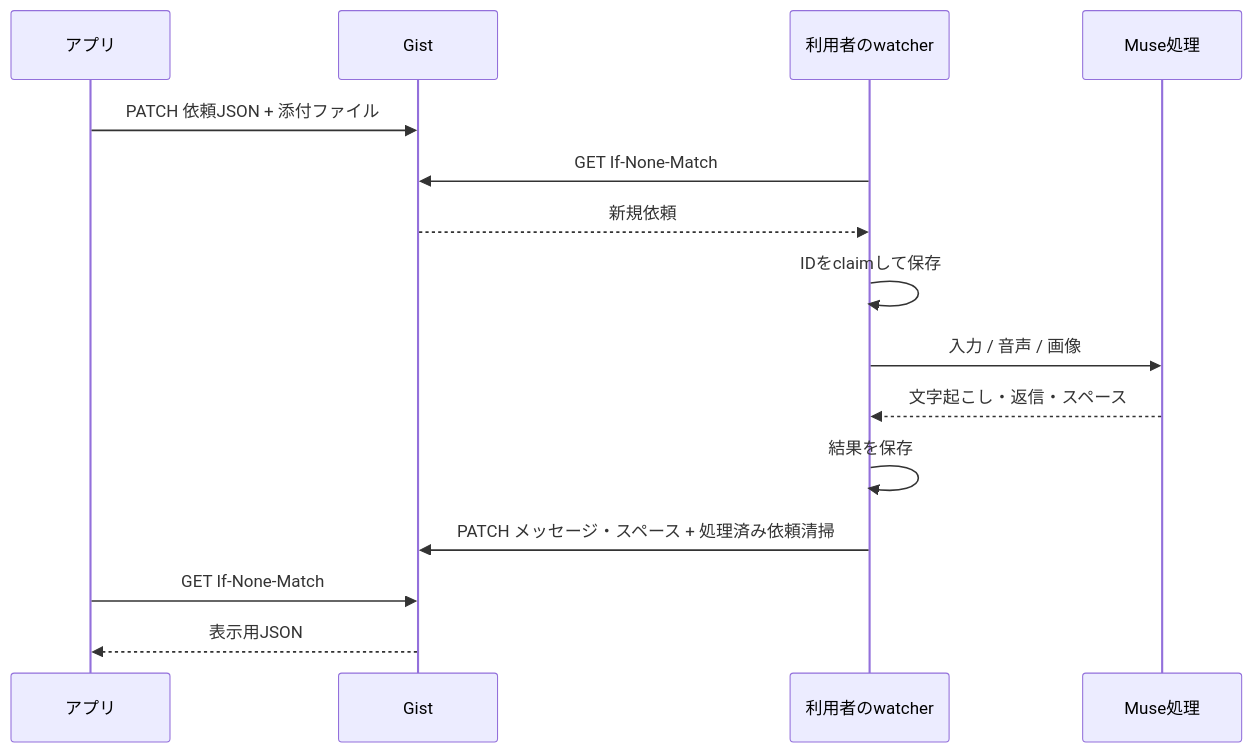
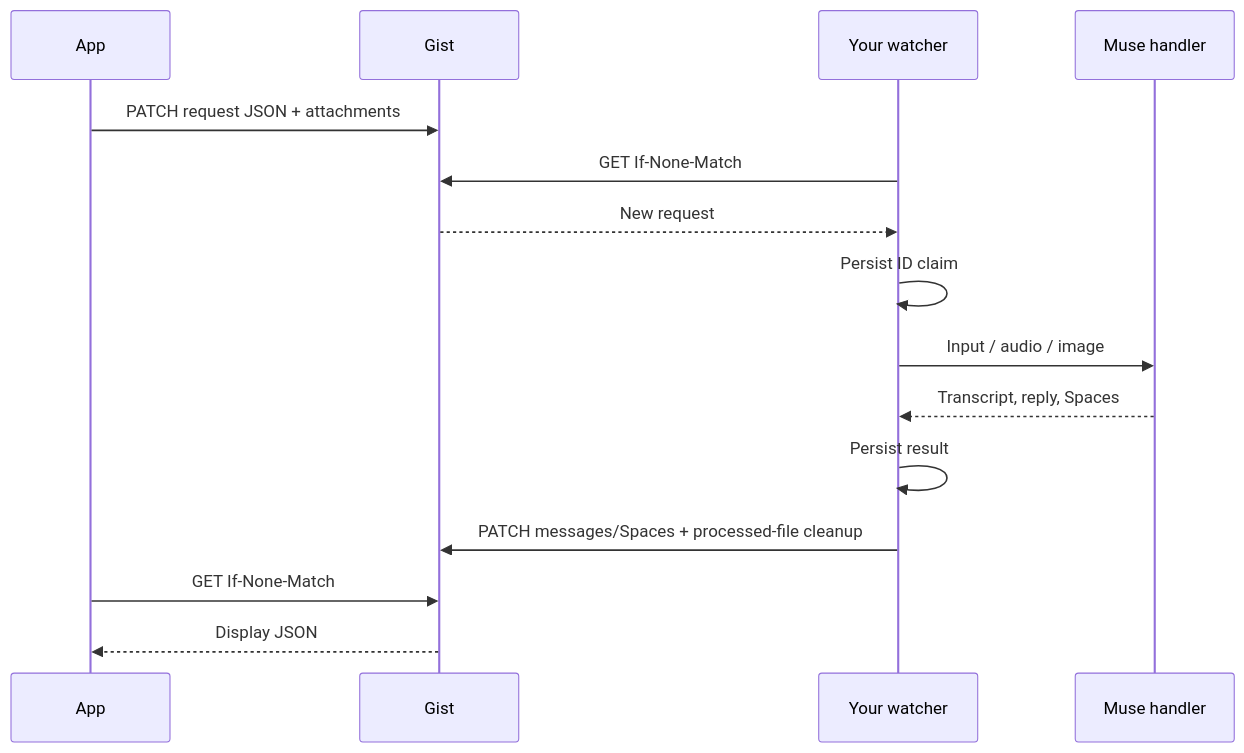
The third of 5 diagrams in docs/protocol.md (3mintimer/muse-relay), drawn with Mermaid before and after one commit. The commit also changed other lines of this file and 49 other files, not shown here.

````diff
--- a/docs/protocol.md
+++ b/docs/protocol.md
@@ -171,17 +173,17 @@
 ```mermaid
 sequenceDiagram
-  participant A as アプリ
+  participant A as App
   participant G as Gist
-  participant W as 利用者のwatcher
-  participant M as Muse処理
-  A->>G: PATCH 依頼JSON + 添付ファイル
+  participant W as Your watcher
+  participant M as Muse handler
+  A->>G: PATCH request JSON + attachments
   W->>G: GET If-None-Match
-  G-->>W: 新規依頼
-  W->>W: IDをclaimして保存
-  W->>M: 入力 / 音声 / 画像
-  M-->>W: 文字起こし・返信・スペース
-  W->>W: 結果を保存
-  W->>G: PATCH メッセージ・スペース + 処理済み依頼清掃
+  G-->>W: New request
+  W->>W: Persist ID claim
+  W->>M: Input / audio / image
+  M-->>W: Transcript, reply, Spaces
+  W->>W: Persist result
+  W->>G: PATCH messages/Spaces + processed-file cleanup
   A->>G: GET If-None-Match
-  G-->>A: 表示用JSON
+  G-->>A: Display JSON
 ```
````
